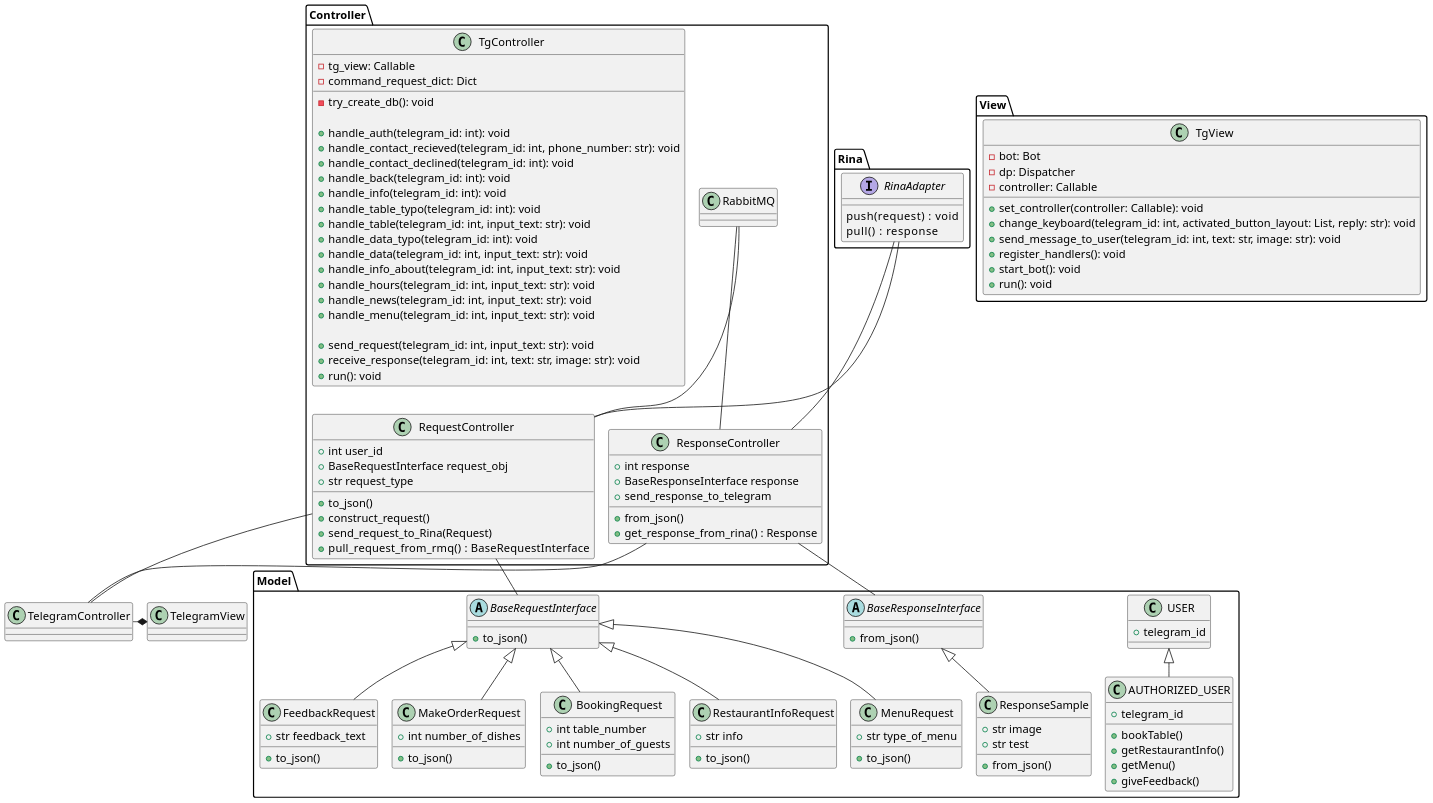
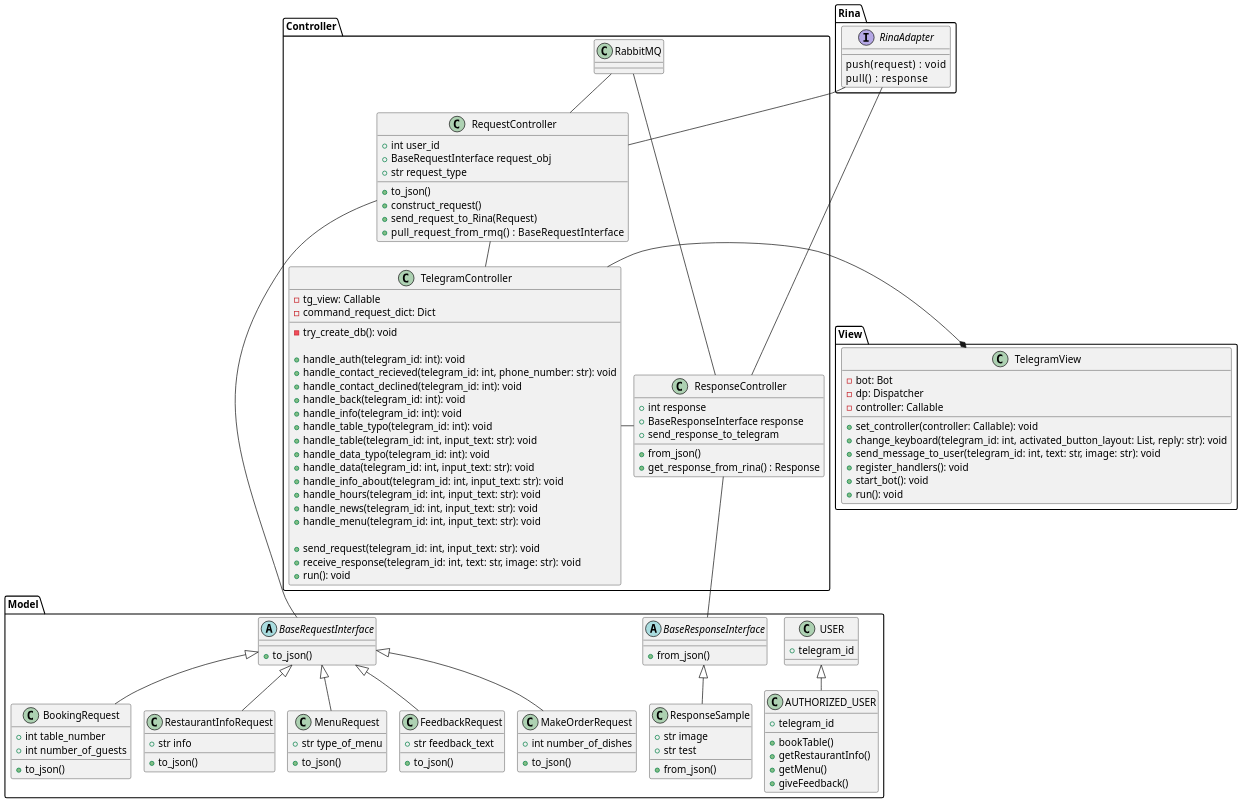
Before and after one commit to limpwinter/rina_connector: the diagram in diagrams/class_diagram.puml, drawn with PlantUML.

Commit message:
fixed telegram_view connection arrow

```diff
--- a/diagrams/class_diagram.puml
+++ b/diagrams/class_diagram.puml
@@ -1,156 +1,156 @@
 @startuml
 !pragma layout smetana
 scale  2048 width
 scale  1600 height
 package "Model" {
 
 'class RabbitMQ{
 '-Producer
 '-Consumer
 '}
 class USER {
   +telegram_id
 }
 
 class AUTHORIZED_USER {
   +telegram_id
   +bookTable()
   +getRestaurantInfo()
   +getMenu()
   +giveFeedback()
 }
   abstract class BaseResponseInterface{
 + from_json()
 }
 class ResponseSample{
 + str image
 + str test
 + from_json()
 }
 
   abstract class BaseRequestInterface {
     + to_json()
   }
 class MakeOrderRequest{
 + int number_of_dishes
 + to_json()
 }
 
   class BookingRequest {
 
 + int table_number
 + int number_of_guests
 + to_json()
   }
 
   class RestaurantInfoRequest {
 + str info
 + to_json()
   }
 
   class MenuRequest {
 + str type_of_menu
 + to_json()
   }
 
   class FeedbackRequest {
 + str feedback_text
 + to_json()
   }
 
 
 }
 
 package "View" {
-class "TgView" {
+class "TelegramView" {
   -bot: Bot
   -dp: Dispatcher
   -controller: Callable
   +set_controller(controller: Callable): void
   +change_keyboard(telegram_id: int, activated_button_layout: List, reply: str): void
   +send_message_to_user(telegram_id: int, text: str, image: str): void
   +register_handlers(): void
   +start_bot(): void
   +run(): void
 }
 
 
 }
 
 package Rina {
 interface RinaAdapter{
 push(request)  :   void
 pull()  :   response
 }
 
 }
 package "Controller" {
 
 class RabbitMQ{
 }
   class ResponseController{
 '  +receive_response_from_rmq()
 + int response
 + BaseResponseInterface response
 + from_json()
   +get_response_from_rina() : Response
   +send_response_to_telegram
   }
   class RequestController{
   + int user_id
 + BaseRequestInterface request_obj
 + str request_type
 + to_json()
 + construct_request()
 '  -request:Request
   +send_request_to_Rina(Request)
   +pull_request_from_rmq()  :   BaseRequestInterface
   }
-  class "TgController" {
+  class "TelegramController" {
   -tg_view: Callable
   -command_request_dict: Dict
   -try_create_db(): void
 
   +handle_auth(telegram_id: int): void
   +handle_contact_recieved(telegram_id: int, phone_number: str): void
   +handle_contact_declined(telegram_id: int): void
   +handle_back(telegram_id: int): void
   +handle_info(telegram_id: int): void
   +handle_table_typo(telegram_id: int): void
   +handle_table(telegram_id: int, input_text: str): void
   +handle_data_typo(telegram_id: int): void
   +handle_data(telegram_id: int, input_text: str): void
   +handle_info_about(telegram_id: int, input_text: str): void
   +handle_hours(telegram_id: int, input_text: str): void
   +handle_news(telegram_id: int, input_text: str): void
   +handle_menu(telegram_id: int, input_text: str): void
   
   +send_request(telegram_id: int, input_text: str): void
   +receive_response(telegram_id: int, text: str, image: str): void
   +run(): void
 }
 
 }
 BaseRequestInterface <|-- BookingRequest
 BaseRequestInterface <|-- MakeOrderRequest
 
 BaseRequestInterface <|-- RestaurantInfoRequest
 BaseRequestInterface <|-- MenuRequest
 BaseRequestInterface <|-- FeedbackRequest
 BaseResponseInterface <|-- ResponseSample
 'TelegramView *--
 TelegramController -right-* TelegramView
 'ResponseController -> TelegramController
 RinaAdapter -- RequestController
 RinaAdapter -- ResponseController
 ResponseController - TelegramController
 RequestController -- TelegramController
 ResponseController -- BaseResponseInterface
 RequestController - BaseRequestInterface
 RabbitMQ -- RequestController
 RabbitMQ -- ResponseController
 USER <|-- AUTHORIZED_USER
 'TelegramController --> Request
 'RMQController --> RabbitMQ
 
 @enduml
```
